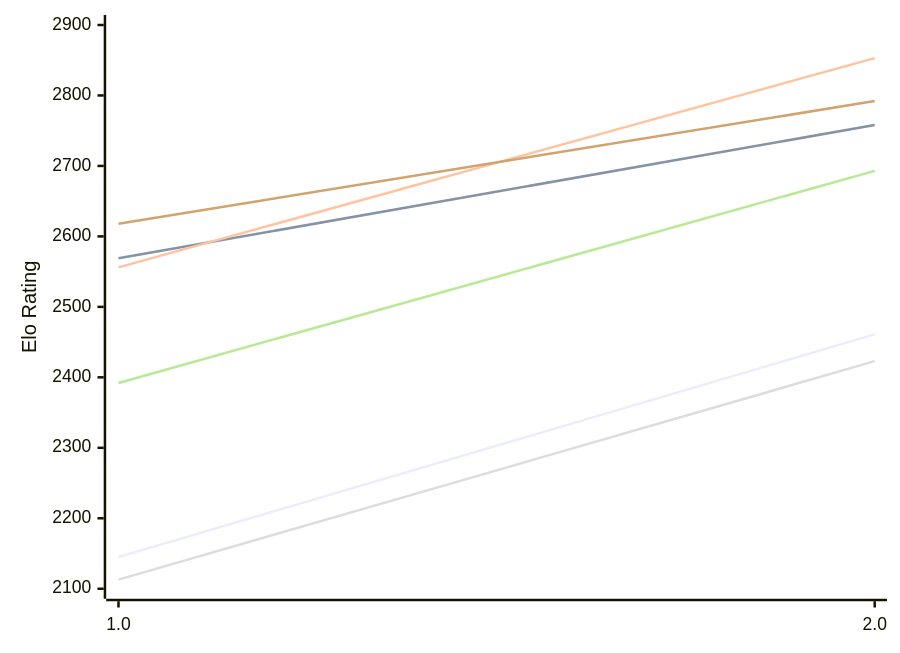
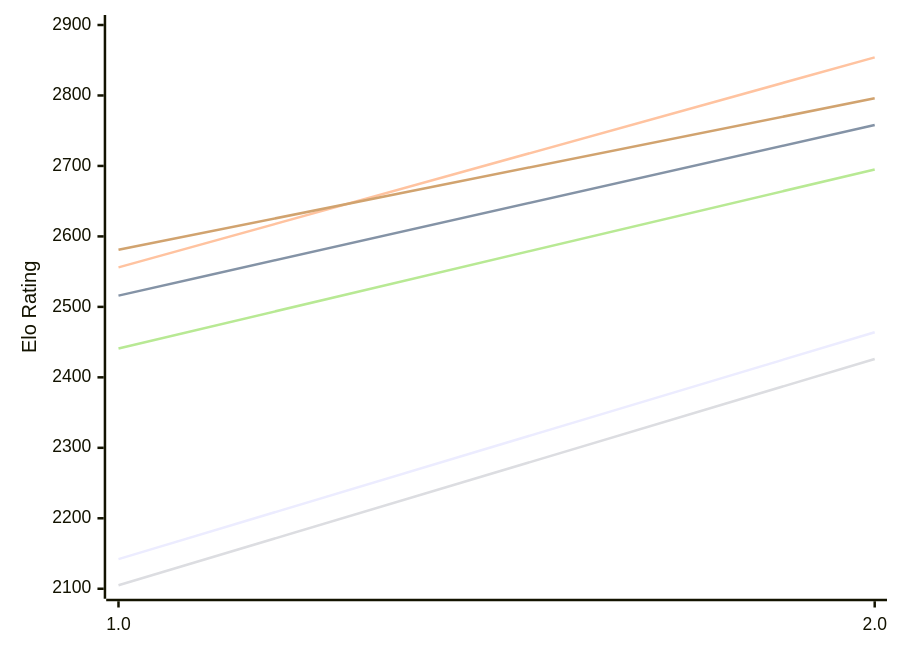
The first of 2 diagrams in engines/Revolver.md (computer-chess-index/cci), drawn with Mermaid before and after one commit. The commit also changed other lines of this file, not shown here.

Commit message:
Update CCI Ratings (ELO VLTC) - 2026-11-17

````diff
--- a/engines/Revolver.md
+++ b/engines/Revolver.md
@@ -50,12 +50,12 @@
 ```mermaid
 %%{init: {"theme":"base","themeVariables":{"seriesColors:['#a3a3a3','#222221','#faa371']}}}%%
 xychart-beta
   x-axis ["1.0", "2.0"]
   y-axis "Elo Rating" 2100 --> 2900
-  line "E1: STC (8.0+0.08s)" [2145, 2461]
-  line "E1: LTC (60.0+0.60s)" [2569, 2758]
-  line "E1: VLTC (2m24s+1.12s)" [2556, 2853]
-  line "P1: STC (8.0+0.08s)" [2113, 2423]
-  line "P1: LTC (60.0+0.60s)" [2392, 2693]
-  line "P1: VLTC (2m24s+1.12s)" [2618, 2792]
+  line "E1: STC (8.0+0.08s)" [2142, 2464]
+  line "E1: LTC (60.0+0.60s)" [2516, 2758]
+  line "E1: VLTC (2m24s+1.12s)" [2556, 2854]
+  line "P1: STC (8.0+0.08s)" [2105, 2426]
+  line "P1: LTC (60.0+0.60s)" [2441, 2695]
+  line "P1: VLTC (2m24s+1.12s)" [2581, 2796]
 ```
````
